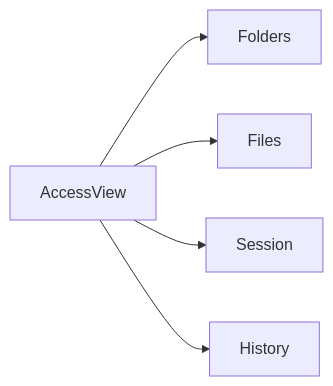
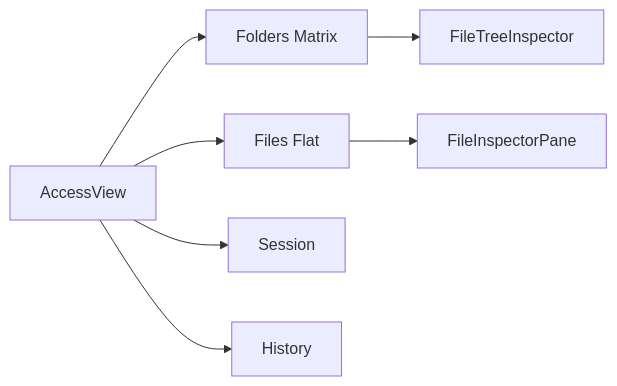
The sixth of 9 diagrams in docs/ui-map.md (Spatial-Duality/Manifold), drawn with Mermaid before and after one commit. The commit also changed other lines of this file and 4 other files, not shown here.

````diff
--- a/docs/ui-map.md
+++ b/docs/ui-map.md
@@ -112,7 +112,9 @@
 ```mermaid
 flowchart LR
-    A["AccessView"] --> B["Folders"]
-    A --> C["Files"]
+    A["AccessView"] --> B["Folders Matrix"]
+    A --> C["Files Flat"]
     A --> D["Session"]
     A --> E["History"]
+    B --> F["FileTreeInspector"]
+    C --> G["FileInspectorPane"]
 ```
````
